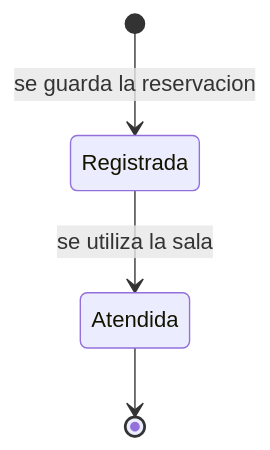
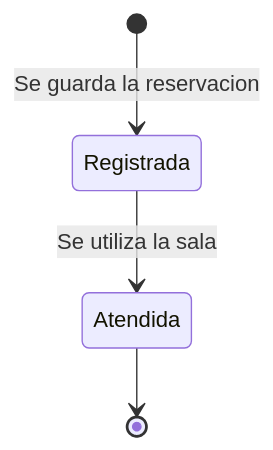
The seventh of 8 diagrams in docs/arch/diagramas_communna.md (jimemogo20/Sistema-admin.-communa), drawn with Mermaid before and after one commit. The commit also changed other lines of this file, not shown here.

````diff
--- a/docs/arch/diagramas_communna.md
+++ b/docs/arch/diagramas_communna.md
@@ -277,6 +294,6 @@
 ```mermaid
 stateDiagram-v2
-    [*] --> Registrada: se guarda la reservacion
-    Registrada --> Atendida: se utiliza la sala
+    [*] --> Registrada: Se guarda la reservacion
+    Registrada --> Atendida: Se utiliza la sala
     Atendida --> [*]
 ```
````
